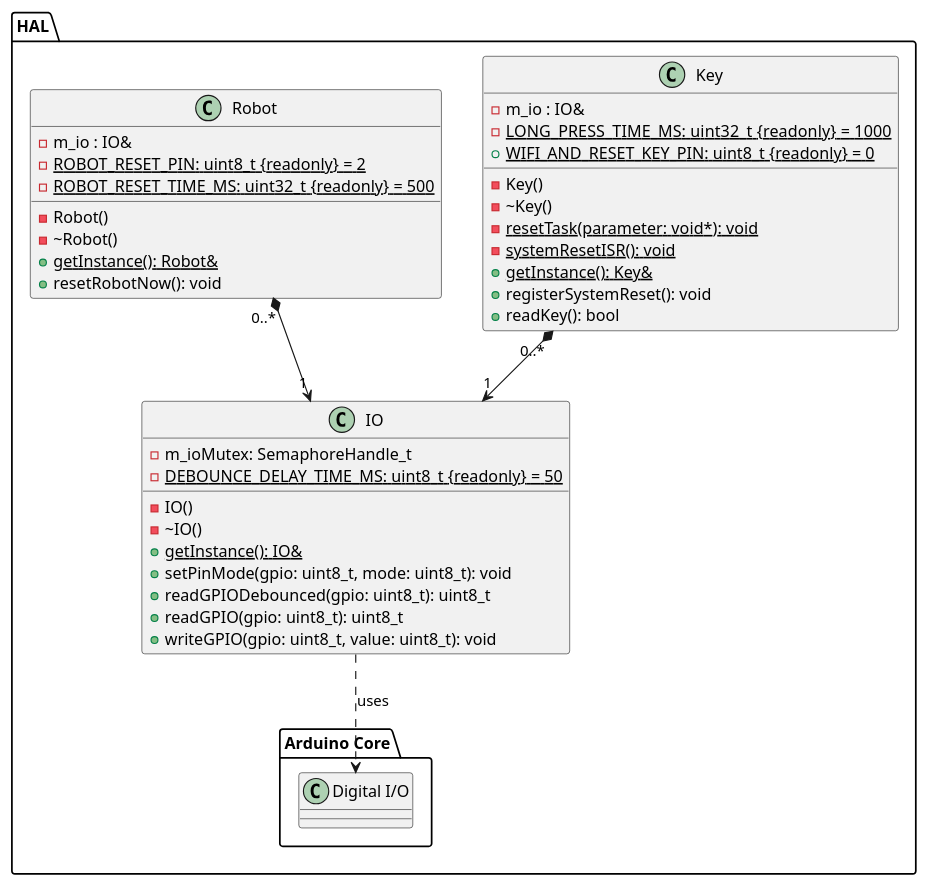
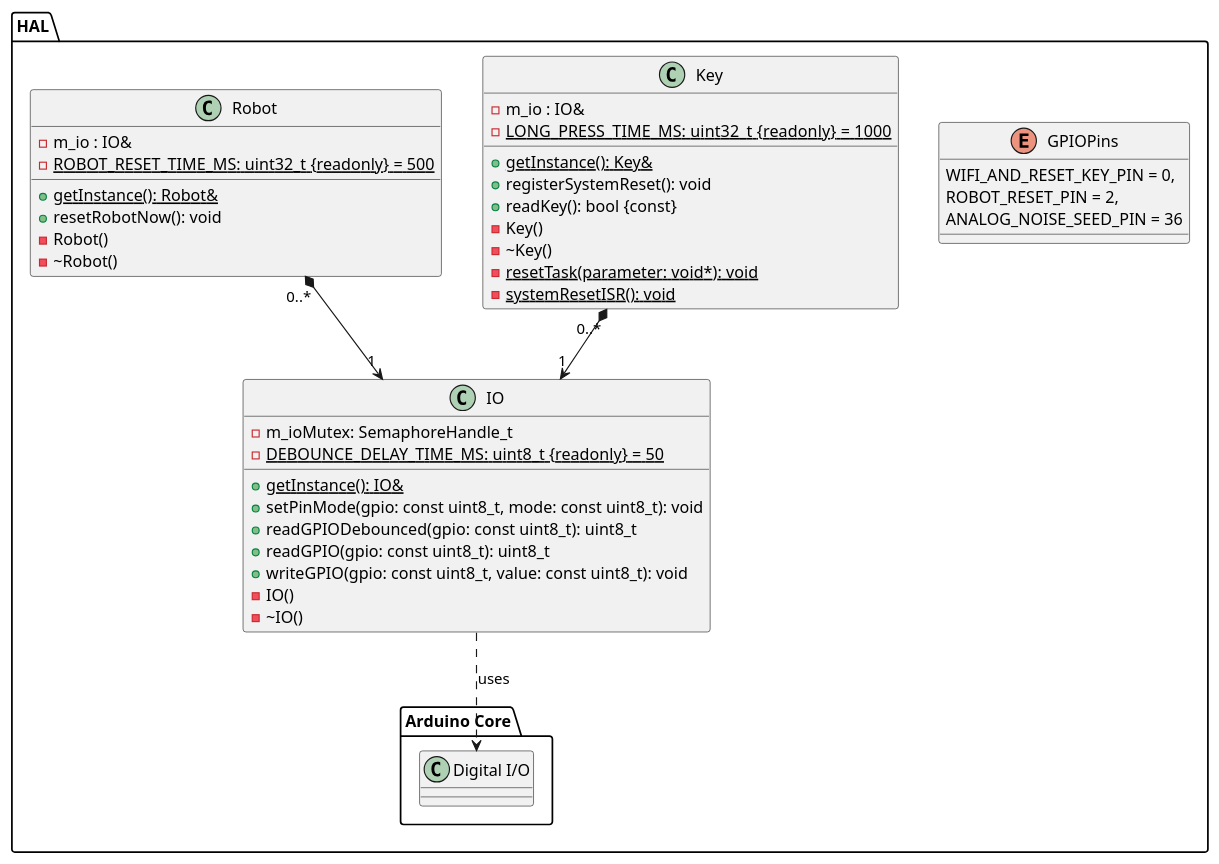
One commit to NewTec-GmbH/ZumoComSystem changed the diagram in doc/design/server/ClassDiagrams/01_HAL.plantuml. Above: the diagram before and after it, drawn with PlantUML. The commit also changed 7 other files, not shown here.

Commit message:
refactor(server): Update architecture and design diagrams #63

```diff
--- a/doc/design/server/ClassDiagrams/01_HAL.plantuml
+++ b/doc/design/server/ClassDiagrams/01_HAL.plantuml
@@ -1,50 +1,55 @@
 @startuml
 package HAL
 {
     package "Arduino Core"
     {
         class "Digital I/O" as ArduinoIO
     }
 
+    enum GPIOPins
+    {
+        WIFI_AND_RESET_KEY_PIN = 0,
+        ROBOT_RESET_PIN = 2,
+        ANALOG_NOISE_SEED_PIN = 36
+    }
+
     class IO
     {
         - m_ioMutex: SemaphoreHandle_t
         {static} - DEBOUNCE_DELAY_TIME_MS: uint8_t {readonly} = 50
+        + {static} getInstance(): IO&
+        + setPinMode(gpio: const uint8_t, mode: const uint8_t): void
+        + readGPIODebounced(gpio: const uint8_t): uint8_t
+        + readGPIO(gpio: const uint8_t): uint8_t
+        + writeGPIO(gpio: const uint8_t, value: const uint8_t): void
         - IO()
         - ~IO()
-        + {static} getInstance(): IO&
-        + setPinMode(gpio: uint8_t, mode: uint8_t): void
-        + readGPIODebounced(gpio: uint8_t): uint8_t
-        + readGPIO(gpio: uint8_t): uint8_t
-        + writeGPIO(gpio: uint8_t, value: uint8_t): void
     }
     IO  ..> ArduinoIO : uses
 
     class Key
     {
         - m_io : IO&
         {static} - LONG_PRESS_TIME_MS: uint32_t {readonly}  = 1000
-        {static} + WIFI_AND_RESET_KEY_PIN: uint8_t {readonly} = 0
+        {static} + getInstance(): Key&
+        + registerSystemReset(): void
+        + readKey(): bool {const}
         - Key()
         - ~Key()
         - {static} resetTask(parameter: void*): void
         - {static} systemResetISR(): void
-        {static} + getInstance(): Key&
-        + registerSystemReset(): void
-        + readKey(): bool
     }
     Key "0..*" *--> "1" IO
 
     class Robot
     {
         - m_io : IO&
-        {static} - ROBOT_RESET_PIN: uint8_t {readonly} = 2
         {static} - ROBOT_RESET_TIME_MS: uint32_t {readonly} = 500
+        {static} + getInstance(): Robot&
+        + resetRobotNow(): void
         - Robot()
         - ~Robot()
-        {static} + getInstance(): Robot&
-        + resetRobotNow(): void
     }
     Robot "0..*" *--> "1" IO
 }
 @enduml
```
